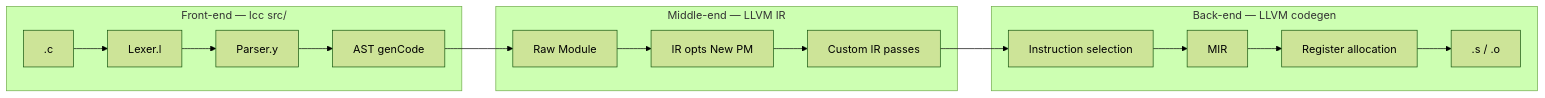
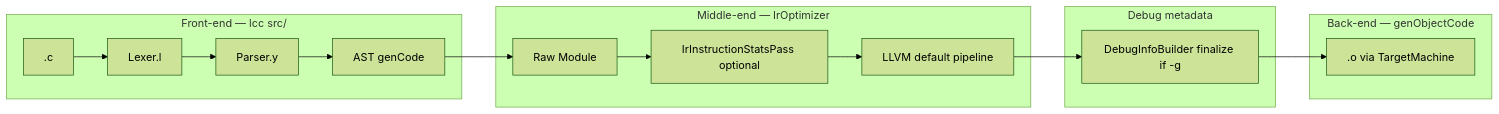
One commit to yanghuafang/lcc changed the diagram in docs/LearningPlan.md. Above: the diagram before and after it, drawn with Mermaid (forest theme). The commit also changed other lines of this file and 13 other files, not shown here.

````diff
--- a/docs/LearningPlan.md
+++ b/docs/LearningPlan.md
@@ -22,23 +22,24 @@
 ```mermaid
 flowchart LR
   subgraph fe [Front-end — lcc src/]
     C[".c"] --> Lex["Lexer.l"]
     Lex --> Parse["Parser.y"]
     Parse --> AST["AST genCode"]
   end
 
-  subgraph mid [Middle-end — LLVM IR]
+  subgraph mid [Middle-end — IrOptimizer]
     Raw["Raw Module"]
-    Opt["IR opts New PM"]
-    Custom["Custom IR passes"]
+    Stats["IrInstructionStatsPass optional"]
+    Opt["LLVM default pipeline"]
   end
 
-  subgraph be [Back-end — LLVM codegen]
-    ISel["Instruction selection"]
-    MIR["MIR"]
-    RA["Register allocation"]
-    Out[".s / .o"]
+  subgraph meta [Debug metadata]
+    Dbg["DebugInfoBuilder finalize if -g"]
   end
 
-  AST --> Raw --> Opt --> Custom --> ISel --> MIR --> RA --> Out
+  subgraph be [Back-end — genObjectCode]
+    Obj[".o via TargetMachine"]
+  end
+
+  AST --> Raw --> Stats --> Opt --> Dbg --> Obj
 ```
````
